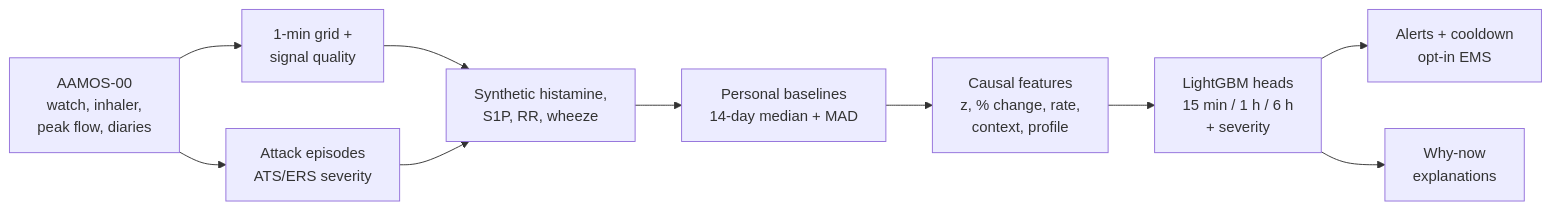
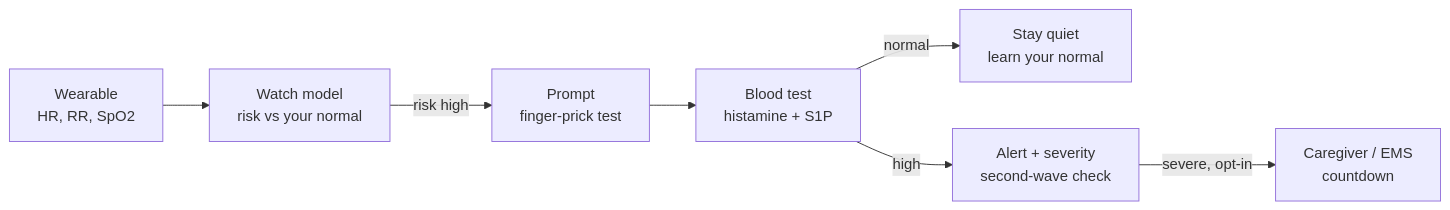
The diagram in README.md (ezzycool-dev/asthma-detection-device), drawn with Mermaid before and after one commit. The commit also changed other lines of this file and 7 other files, not shown here.

Commit message:
v0.2.0: wearable + prompted blood test design, decision log, sources

````diff
--- a/README.md
+++ b/README.md
@@ -17,12 +19,9 @@
 ```mermaid
 flowchart LR
-    A[AAMOS-00<br/>watch, inhaler,<br/>peak flow, diaries] --> B[1-min grid +<br/>signal quality]
-    A --> C[Attack episodes<br/>ATS/ERS severity]
-    B --> D[Synthetic histamine,<br/>S1P, RR, wheeze]
-    C --> D
-    D --> E[Personal baselines<br/>14-day median + MAD]
-    E --> F[Causal features<br/>z, % change, rate,<br/>context, profile]
-    F --> G[LightGBM heads<br/>15 min / 1 h / 6 h<br/>+ severity]
-    G --> H[Alerts + cooldown<br/>opt-in EMS]
-    G --> I[Why-now<br/>explanations]
+    W[Wearable<br/>HR, RR, SpO2] --> M[Watch model<br/>risk vs your normal]
+    M -- risk high --> P[Prompt<br/>finger-prick test]
+    P --> T[Blood test<br/>histamine + S1P]
+    T -- normal --> Q[Stay quiet<br/>learn your normal]
+    T -- high --> A[Alert + severity<br/>second-wave check]
+    A -- severe, opt-in --> E[Caregiver / EMS<br/>countdown]
 ```
````
